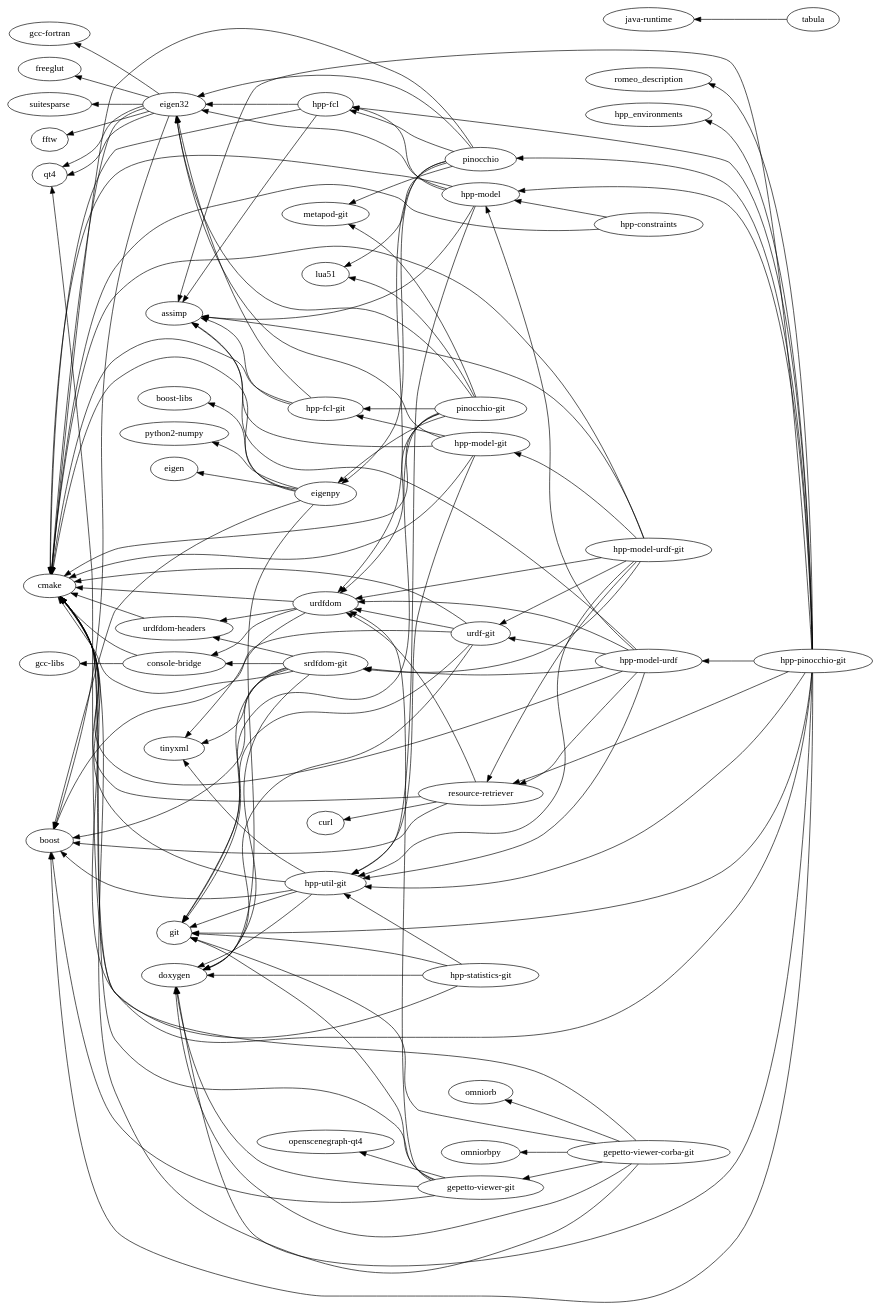
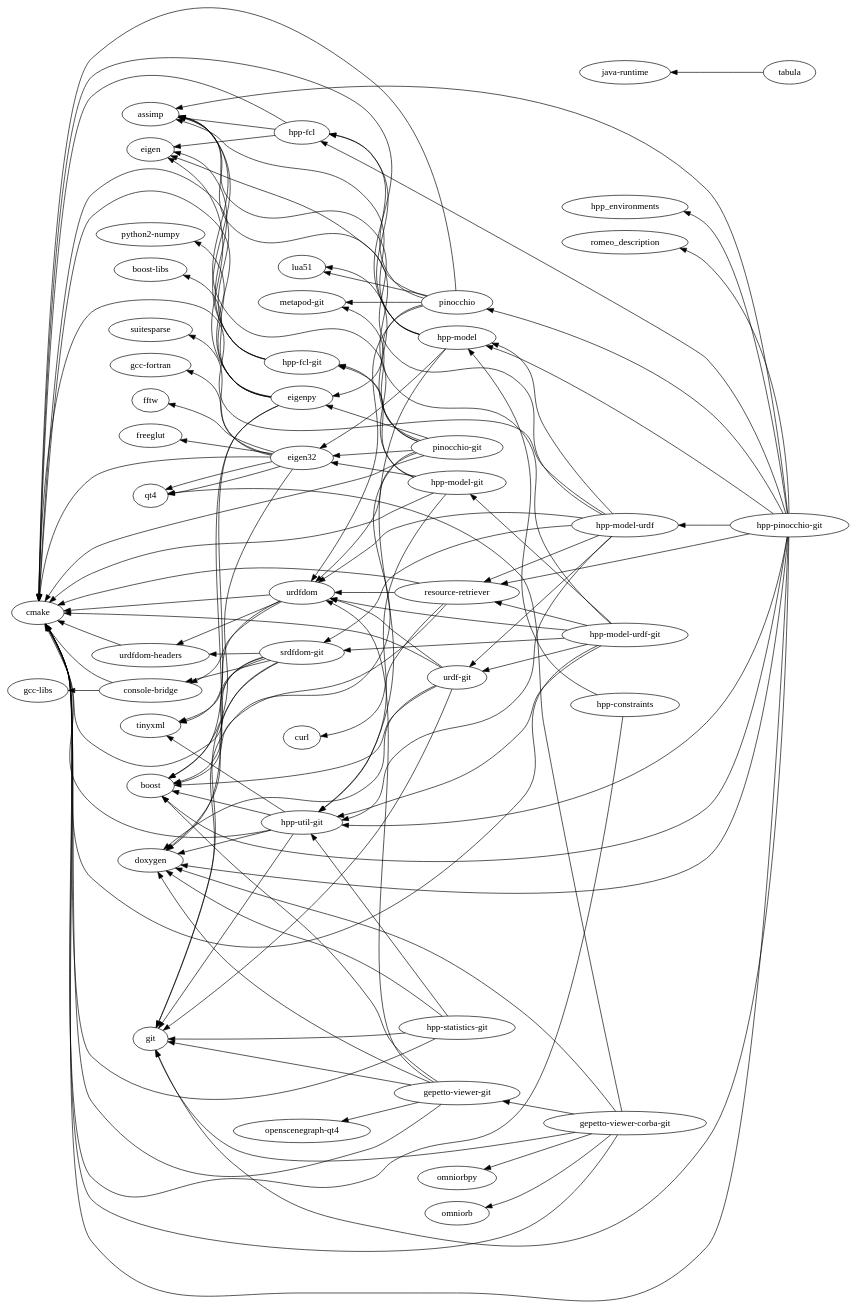
The diagram in dependencies.gv (nim65s/aur), drawn with Graphviz before and after one commit. The commit also changed 1 other file, not shown here.

```diff
--- a/dependencies.gv
+++ b/dependencies.gv
@@ -1,172 +1,172 @@
 digraph dependencies {
 	graph [rankdir=RL]
+	"boost-libs"
+	"openscenegraph-qt4"
+	"hpp-model"
+	suitesparse
+	omniorbpy
+	cmake
+	lua51
+	"hpp-util-git"
+	eigen32
+	"hpp-fcl-git"
+	"gcc-fortran"
+	"urdfdom-headers"
+	curl
+	"pinocchio-git"
+	"console-bridge"
 	pinocchio
+	"java-runtime"
+	"hpp-model-git"
+	"hpp-fcl"
+	"hpp-model-urdf-git"
+	"resource-retriever"
+	eigenpy
+	"srdfdom-git"
+	git
 	boost
-	"openscenegraph-qt4"
-	"hpp-fcl"
-	"urdfdom-headers"
+	"hpp-statistics-git"
+	"gepetto-viewer-git"
+	"python2-numpy"
 	"hpp-model-urdf"
-	"python2-numpy"
+	"metapod-git"
+	fftw
+	assimp
+	omniorb
+	urdfdom
+	tabula
+	"gepetto-viewer-corba-git"
+	doxygen
+	"gcc-libs"
+	eigen
+	tinyxml
+	hpp_environments
 	romeo_description
-	curl
-	assimp
-	cmake
-	"hpp-util-git"
-	eigen
-	"metapod-git"
+	"hpp-pinocchio-git"
 	qt4
-	"gcc-libs"
-	"java-runtime"
+	freeglut
+	"urdf-git"
 	"hpp-constraints"
-	"gcc-fortran"
-	"console-bridge"
-	"pinocchio-git"
-	freeglut
-	eigenpy
-	suitesparse
-	fftw
-	"srdfdom-git"
-	"boost-libs"
-	"hpp-statistics-git"
-	"resource-retriever"
-	urdfdom
-	lua51
-	tabula
-	tinyxml
-	git
-	hpp_environments
-	"gepetto-viewer-corba-git"
-	"hpp-fcl-git"
-	"hpp-model-urdf-git"
-	omniorbpy
-	"urdf-git"
-	"gepetto-viewer-git"
-	"hpp-model"
-	omniorb
-	"hpp-pinocchio-git"
-	doxygen
-	eigen32
-	"hpp-model-git"
 	urdfdom -> cmake
 	urdfdom -> tinyxml
 	urdfdom -> "console-bridge"
 	urdfdom -> "urdfdom-headers"
 	pinocchio -> "metapod-git"
 	pinocchio -> lua51
 	pinocchio -> cmake
-	pinocchio -> eigen32
+	pinocchio -> eigen
 	pinocchio -> "hpp-fcl"
 	pinocchio -> eigenpy
 	pinocchio -> urdfdom
 	"hpp-fcl" -> cmake
-	"hpp-fcl" -> eigen32
+	"hpp-fcl" -> eigen
 	"hpp-fcl" -> assimp
 	"hpp-model-urdf" -> cmake
 	"hpp-model-urdf" -> assimp
 	"hpp-model-urdf" -> "hpp-util-git"
 	"hpp-model-urdf" -> "hpp-model"
 	"hpp-model-urdf" -> "urdf-git"
 	"hpp-model-urdf" -> "resource-retriever"
 	"hpp-model-urdf" -> urdfdom
 	"hpp-model-urdf" -> "srdfdom-git"
 	"hpp-pinocchio-git" -> "hpp-model"
 	"hpp-pinocchio-git" -> "hpp-model-urdf"
 	"hpp-pinocchio-git" -> romeo_description
 	"hpp-pinocchio-git" -> hpp_environments
 	"hpp-pinocchio-git" -> doxygen
 	"hpp-pinocchio-git" -> cmake
 	"hpp-pinocchio-git" -> git
 	"hpp-pinocchio-git" -> boost
 	"hpp-pinocchio-git" -> pinocchio
 	"hpp-pinocchio-git" -> assimp
 	"hpp-pinocchio-git" -> "hpp-util-git"
 	"hpp-pinocchio-git" -> "hpp-fcl"
 	"hpp-pinocchio-git" -> "resource-retriever"
 	"gepetto-viewer-git" -> doxygen
 	"gepetto-viewer-git" -> cmake
 	"gepetto-viewer-git" -> git
 	"gepetto-viewer-git" -> boost
 	"gepetto-viewer-git" -> urdfdom
 	"gepetto-viewer-git" -> "openscenegraph-qt4"
 	"urdfdom-headers" -> cmake
 	"hpp-util-git" -> doxygen
 	"hpp-util-git" -> cmake
 	"hpp-util-git" -> git
 	"hpp-util-git" -> boost
 	"hpp-util-git" -> tinyxml
 	"srdfdom-git" -> doxygen
 	"srdfdom-git" -> cmake
 	"srdfdom-git" -> git
 	"srdfdom-git" -> boost
 	"srdfdom-git" -> tinyxml
 	"srdfdom-git" -> "urdfdom-headers"
 	"srdfdom-git" -> "console-bridge"
 	"hpp-constraints" -> cmake
 	"hpp-constraints" -> "hpp-model"
 	"hpp-fcl-git" -> cmake
-	"hpp-fcl-git" -> eigen32
+	"hpp-fcl-git" -> eigen
 	"hpp-fcl-git" -> assimp
 	eigenpy -> doxygen
 	eigenpy -> cmake
 	eigenpy -> eigen
 	eigenpy -> boost
 	eigenpy -> "python2-numpy"
 	eigenpy -> "boost-libs"
 	eigen32 -> qt4
 	eigen32 -> cmake
 	eigen32 -> freeglut
 	eigen32 -> "gcc-fortran"
 	eigen32 -> fftw
 	eigen32 -> qt4
 	eigen32 -> suitesparse
 	eigen32 -> boost
 	"hpp-statistics-git" -> doxygen
 	"hpp-statistics-git" -> cmake
 	"hpp-statistics-git" -> git
 	"hpp-statistics-git" -> "hpp-util-git"
 	"urdf-git" -> doxygen
 	"urdf-git" -> cmake
 	"urdf-git" -> git
 	"urdf-git" -> boost
 	"urdf-git" -> urdfdom
 	"hpp-model-urdf-git" -> cmake
 	"hpp-model-urdf-git" -> assimp
 	"hpp-model-urdf-git" -> "hpp-util-git"
 	"hpp-model-urdf-git" -> "hpp-model-git"
 	"hpp-model-urdf-git" -> "urdf-git"
 	"hpp-model-urdf-git" -> "resource-retriever"
 	"hpp-model-urdf-git" -> urdfdom
 	"hpp-model-urdf-git" -> "srdfdom-git"
 	"hpp-model-git" -> assimp
 	"hpp-model-git" -> cmake
 	"hpp-model-git" -> eigen32
 	"hpp-model-git" -> "hpp-util-git"
 	"hpp-model-git" -> "hpp-fcl-git"
 	"pinocchio-git" -> "metapod-git"
 	"pinocchio-git" -> lua51
 	"pinocchio-git" -> "hpp-fcl-git"
 	"pinocchio-git" -> cmake
 	"pinocchio-git" -> git
 	"pinocchio-git" -> eigen32
 	"pinocchio-git" -> eigenpy
 	"pinocchio-git" -> urdfdom
 	tabula -> "java-runtime"
 	"resource-retriever" -> cmake
 	"resource-retriever" -> urdfdom
 	"resource-retriever" -> curl
 	"resource-retriever" -> boost
 	"gepetto-viewer-corba-git" -> doxygen
 	"gepetto-viewer-corba-git" -> cmake
 	"gepetto-viewer-corba-git" -> git
 	"gepetto-viewer-corba-git" -> "gepetto-viewer-git"
 	"gepetto-viewer-corba-git" -> omniorb
 	"gepetto-viewer-corba-git" -> qt4
 	"gepetto-viewer-corba-git" -> omniorbpy
 	"hpp-model" -> assimp
 	"hpp-model" -> cmake
 	"hpp-model" -> eigen32
 	"hpp-model" -> "hpp-util-git"
 	"hpp-model" -> "hpp-fcl"
 	"console-bridge" -> cmake
 	"console-bridge" -> "gcc-libs"
 }
```
